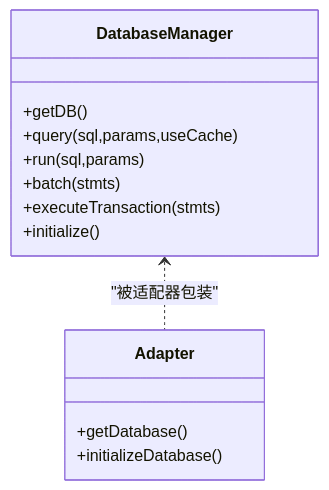
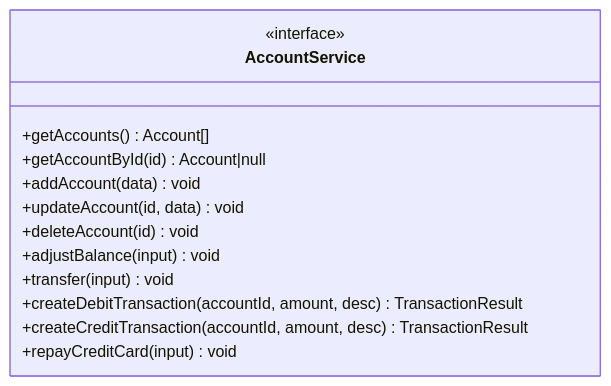
Before and after one commit to xiao-lin-unit/yuan: the ninth of 11 diagrams in .qoder/repowiki/zh/content/账户管理/账户管理.md, drawn with Mermaid. The commit also changed other lines of this file and 19 other files, not shown here.

````diff
--- a/.qoder/repowiki/zh/content/账户管理/账户管理.md
+++ b/.qoder/repowiki/zh/content/账户管理/账户管理.md
@@ -313,16 +316,16 @@
 ```mermaid
 classDiagram
-class DatabaseManager {
-+getDB()
-+query(sql,params,useCache)
-+run(sql,params)
-+batch(stmts)
-+executeTransaction(stmts)
-+initialize()
+class AccountService {
+<<interface>>
++getAccounts() Account[]
++getAccountById(id) Account|null
++addAccount(data) void
++updateAccount(id, data) void
++deleteAccount(id) void
++adjustBalance(input) void
++transfer(input) void
++createDebitTransaction(accountId, amount, desc) TransactionResult
++createCreditTransaction(accountId, amount, desc) TransactionResult
++repayCreditCard(input) void
 }
-class Adapter {
-+getDatabase()
-+initializeDatabase()
-}
-DatabaseManager <.. Adapter : "被适配器包装"
 ```
````
